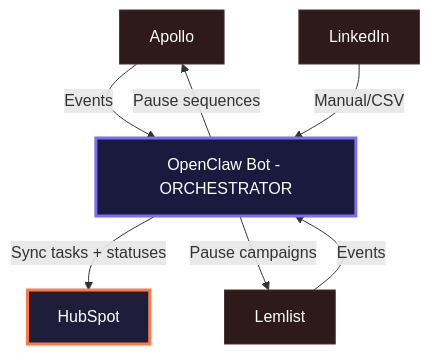
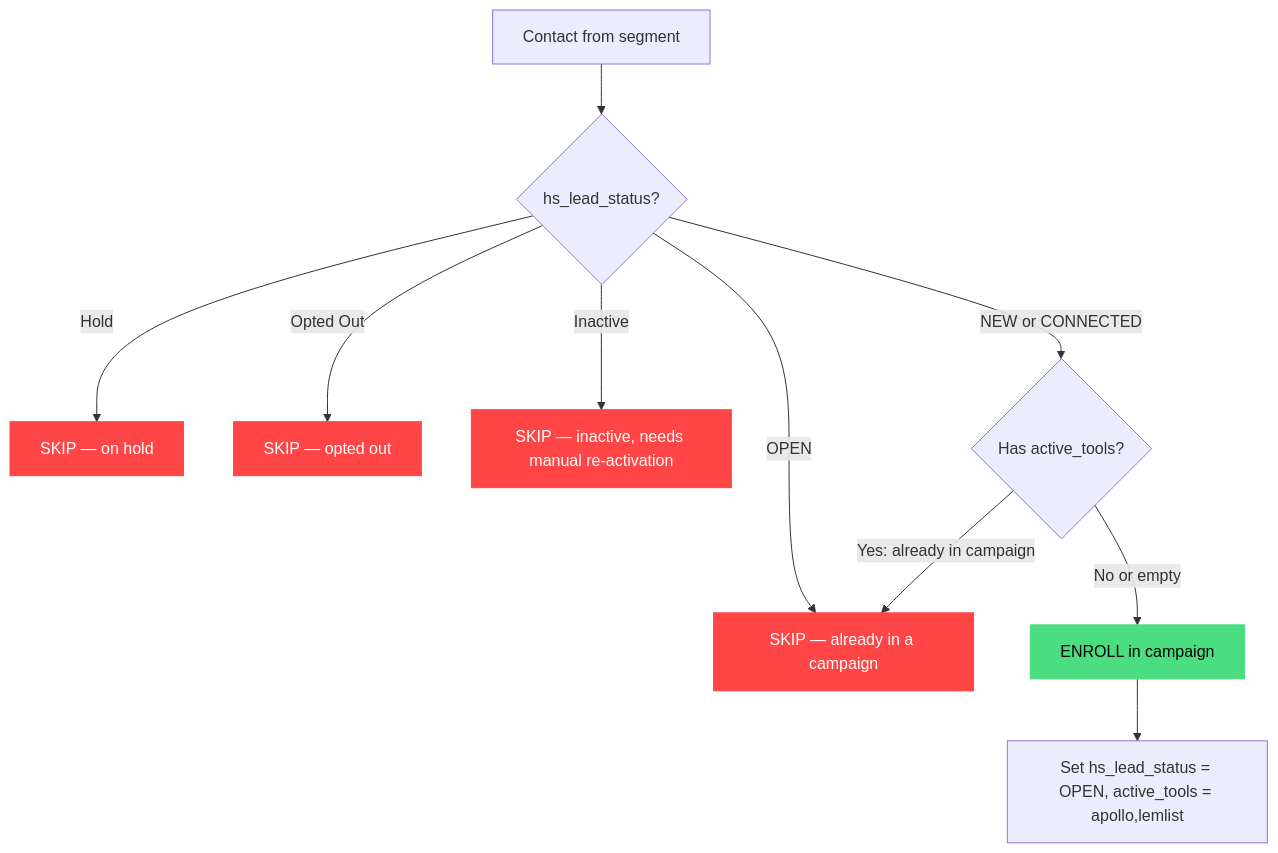
One commit to Artemponomarev/ai-agent-guides changed the fourth of 8 diagrams in Kernelics email outreaching automation/architecture.md. Above: the diagram before and after it, drawn with Mermaid. The commit also changed other lines of this file, not shown here.

First line of the commit message:
Rewrite architecture: hypothesis-driven workflow with OpenClaw orchestration

````diff
--- a/Kernelics email outreaching automation/architecture.md
+++ b/Kernelics email outreaching automation/architecture.md
@@ -51,16 +250,18 @@
 ```mermaid
 flowchart TD
-    AS[Apollo] -->|Events| OC
-    LM[Lemlist] -->|Events| OC
-    LO[LinkedIn] -->|Manual/CSV| OC
-    OC[OpenClaw Bot - ORCHESTRATOR]
-    OC -->|Sync tasks + statuses| HS[HubSpot]
-    OC -->|Pause sequences| AS
-    OC -->|Pause campaigns| LM
+    C[Contact from segment] --> D1{hs_lead_status?}
+    D1 -->|OPEN| SKIP1[SKIP — already in a campaign]
+    D1 -->|Hold| SKIP2[SKIP — on hold]
+    D1 -->|Opted Out| SKIP3[SKIP — opted out]
+    D1 -->|Inactive| SKIP4[SKIP — inactive, needs manual re-activation]
+    D1 -->|NEW or CONNECTED| OK{Has active_tools?}
+    OK -->|Yes: already in campaign| SKIP1
+    OK -->|No or empty| ENROLL[ENROLL in campaign]
+    ENROLL --> SET[Set hs_lead_status = OPEN, active_tools = apollo,lemlist]
 
-    style OC fill:#1a1a3e,stroke:#7c6ef0,stroke-width:3px,color:#fff
-    style HS fill:#1e1e3a,stroke:#ff7a45,stroke-width:3px,color:#fff
-    style AS fill:#2e1a1a,stroke:#4a2e2e,color:#fff
-    style LM fill:#2e1a1a,stroke:#4a2e2e,color:#fff
-    style LO fill:#2e1a1a,stroke:#4a2e2e,color:#fff
+    style SKIP1 fill:#ff4545,stroke:#ff4545,color:#fff
+    style SKIP2 fill:#ff4545,stroke:#ff4545,color:#fff
+    style SKIP3 fill:#ff4545,stroke:#ff4545,color:#fff
+    style SKIP4 fill:#ff4545,stroke:#ff4545,color:#fff
+    style ENROLL fill:#4ade80,stroke:#4ade80,color:#000
 ```
````
